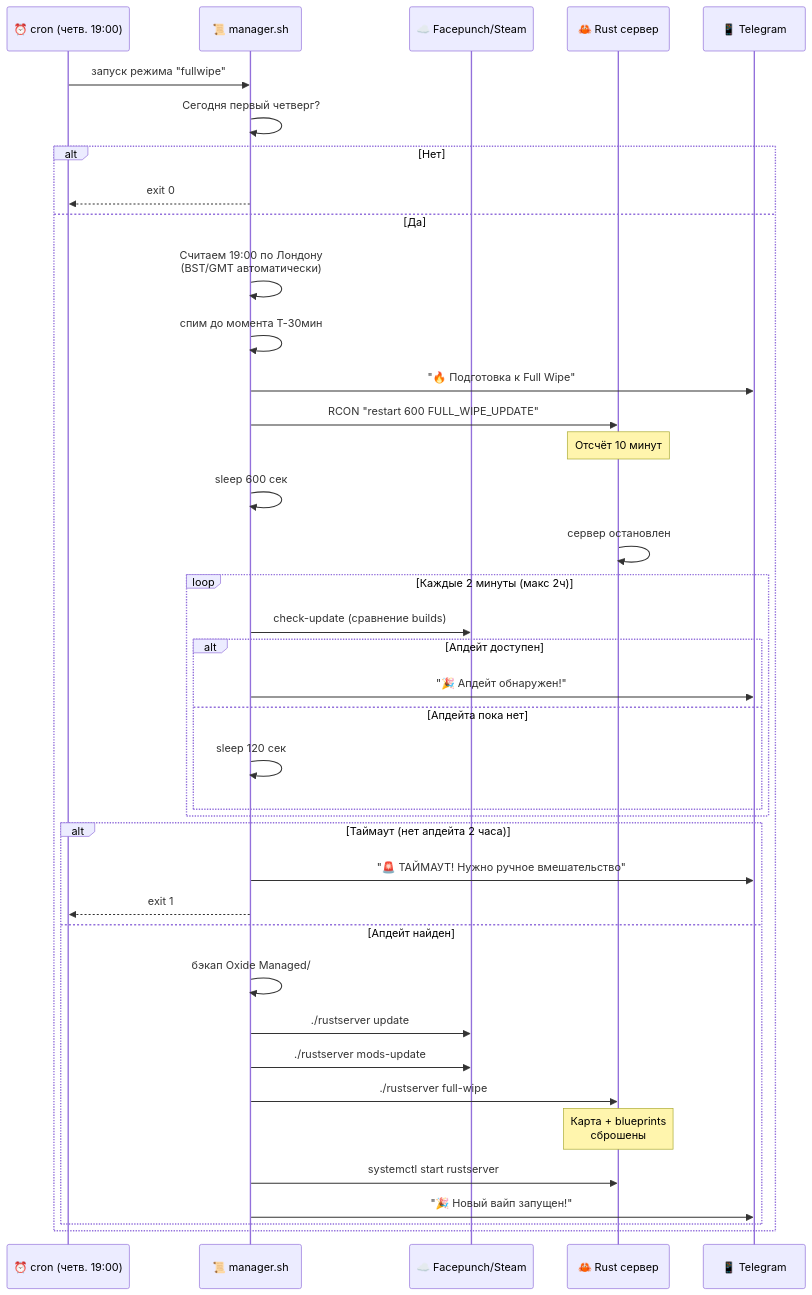
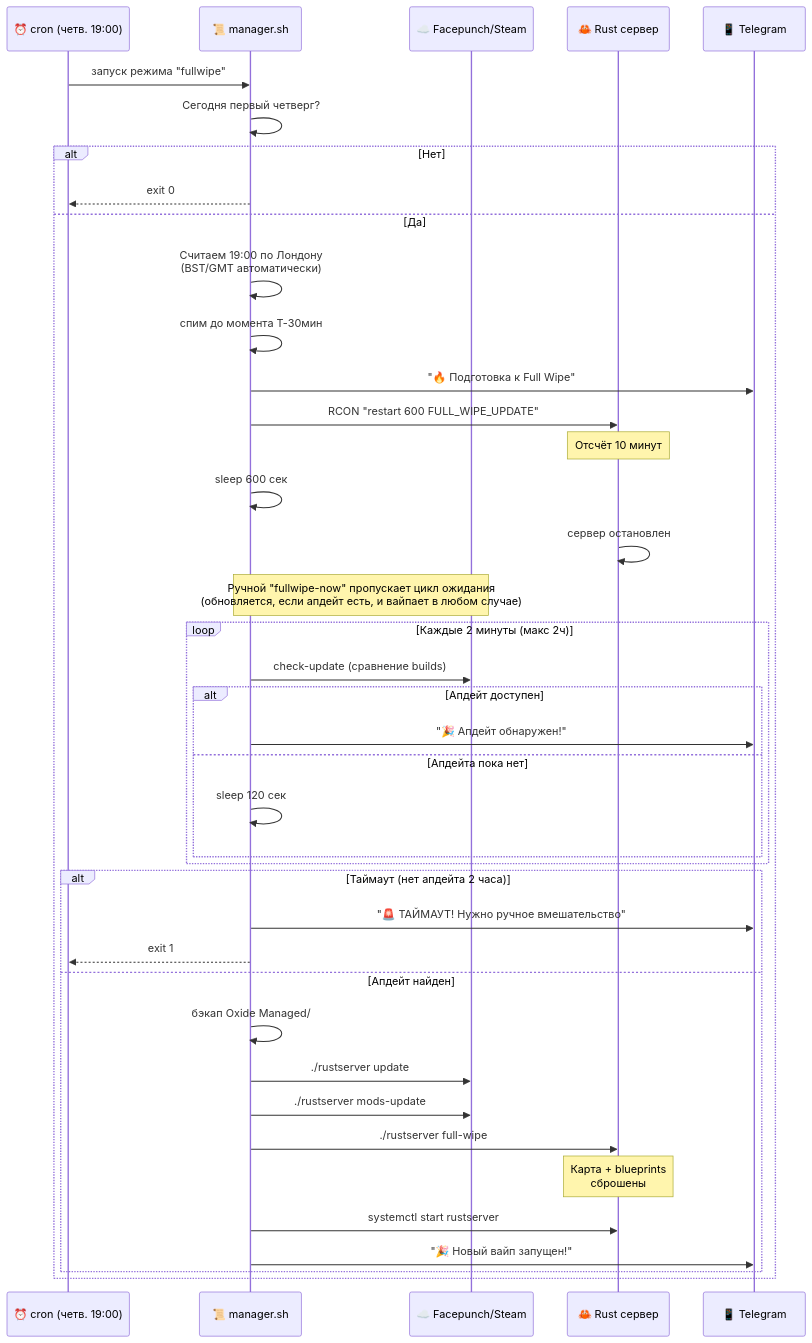
Before and after one commit to wobujidao/rust-wipe-manager: the fourth of 4 diagrams in README_RU.md, drawn with Mermaid. The commit also changed other lines of this file and 1 other file, not shown here.

Commit message:
docs: OS maintenance, post-boot, power-off flag, seed rotation, fullwipe-now

````diff
--- a/README_RU.md
+++ b/README_RU.md
@@ -134,44 +179,45 @@
 ```mermaid
 sequenceDiagram
     participant C as ⏰ cron (четв. 19:00)
     participant M as 📜 manager.sh
     participant FP as ☁️ Facepunch/Steam
     participant R as 🦀 Rust сервер
     participant T as 📱 Telegram
 
     C->>M: запуск режима "fullwipe"
     M->>M: Сегодня первый четверг?
     alt Нет
         M-->>C: exit 0
     else Да
         M->>M: Считаем 19:00 по Лондону<br/>(BST/GMT автоматически)
         M->>M: спим до момента T-30мин
         M->>T: "🔥 Подготовка к Full Wipe"
         M->>R: RCON "restart 600 FULL_WIPE_UPDATE"
         Note over R: Отсчёт 10 минут
         M->>M: sleep 600 сек
         R->>R: сервер остановлен
 
+        Note over M,FP: Ручной "fullwipe-now" пропускает цикл ожидания<br/>(обновляется, если апдейт есть, и вайпает в любом случае)
         loop Каждые 2 минуты (макс 2ч)
             M->>FP: check-update (сравнение builds)
             alt Апдейт доступен
                 M->>T: "🎉 Апдейт обнаружен!"
             else Апдейта пока нет
                 M->>M: sleep 120 сек
             end
         end
 
         alt Таймаут (нет апдейта 2 часа)
             M->>T: "🚨 ТАЙМАУТ! Нужно ручное вмешательство"
             M-->>C: exit 1
         else Апдейт найден
             M->>M: бэкап Oxide Managed/
             M->>FP: ./rustserver update
             M->>FP: ./rustserver mods-update
             M->>R: ./rustserver full-wipe
             Note over R: Карта + blueprints<br/>сброшены
             M->>R: systemctl start rustserver
             M->>T: "🎉 Новый вайп запущен!"
         end
     end
 ```
````
